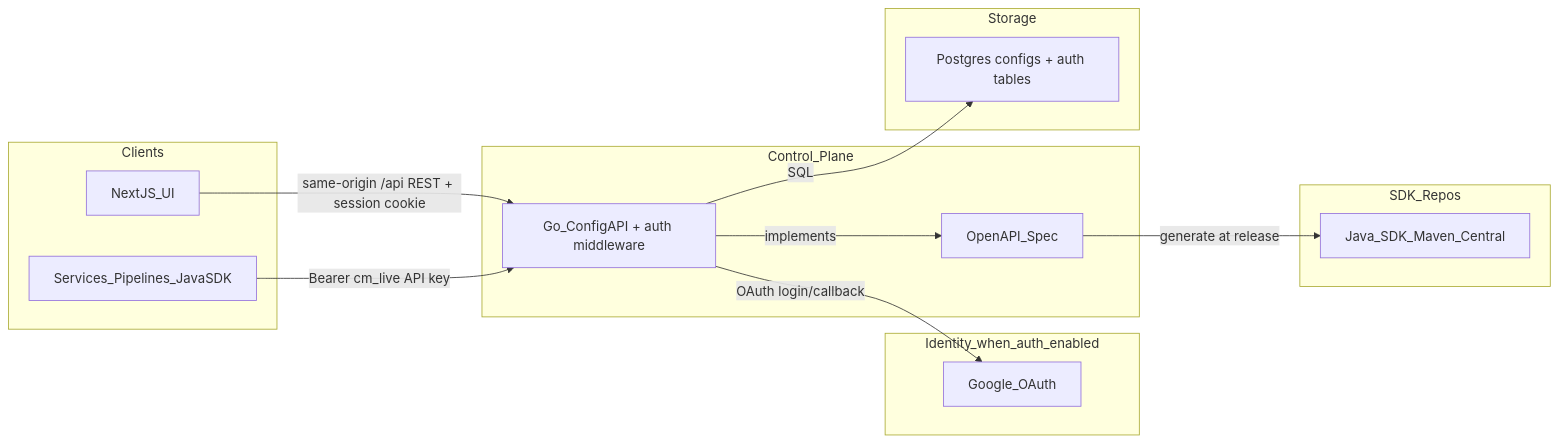
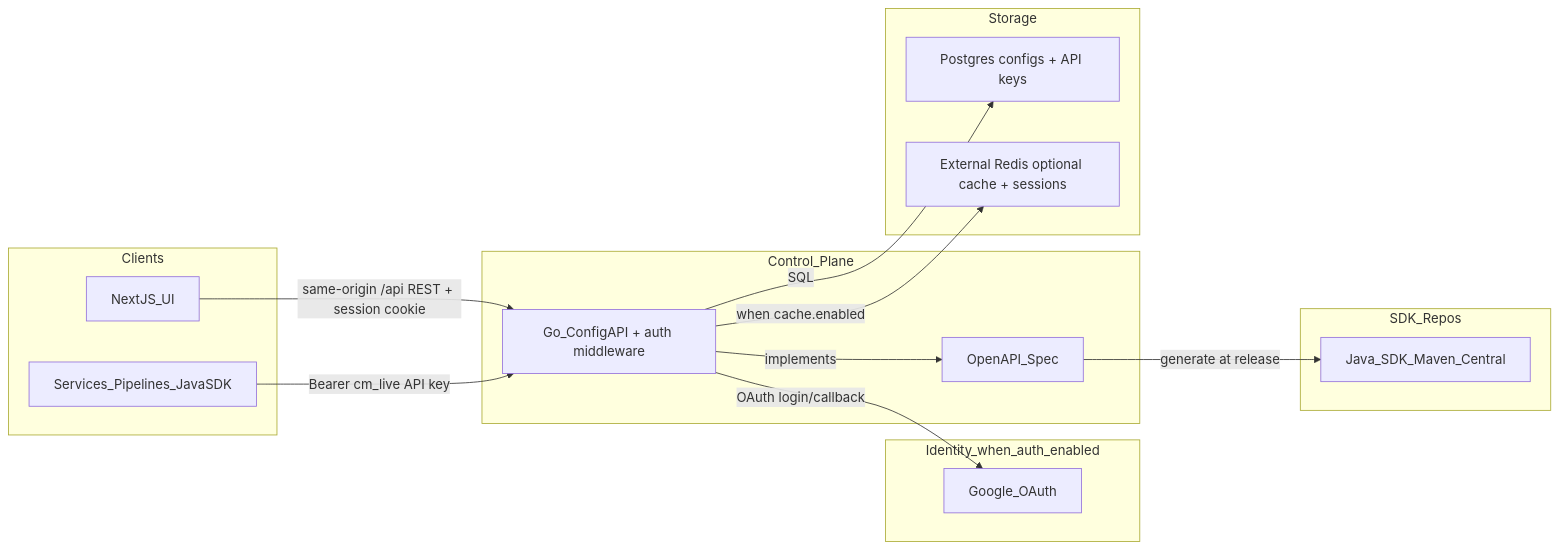
The first of 6 diagrams in docs/architecture.md (arverma/config-manager), drawn with Mermaid before and after one commit. The commit also changed other lines of this file and 31 other files, not shown here.

Commit message:
Add optional optional Redis caching

````diff
--- a/docs/architecture.md
+++ b/docs/architecture.md
@@ -20,32 +20,34 @@
 ```mermaid
 flowchart LR
   subgraph clients [Clients]
     BrowserUI[NextJS_UI]
     Services[Services_Pipelines_JavaSDK]
   end
 
   subgraph identity [Identity_when_auth_enabled]
     Google[Google_OAuth]
   end
 
   subgraph controlPlane [Control_Plane]
     ApiService["Go_ConfigAPI + auth middleware"]
     OpenAPI[OpenAPI_Spec]
   end
 
   subgraph sdkRepos [SDK_Repos]
     JavaSDK[Java_SDK_Maven_Central]
   end
 
   subgraph storage [Storage]
-    Postgres["Postgres configs + auth tables"]
+    Postgres["Postgres configs + API keys"]
+    Redis["External Redis optional cache + sessions"]
   end
 
   BrowserUI -->|"same-origin /api REST + session cookie"| ApiService
   Services -->|"Bearer cm_live API key"| ApiService
   ApiService -->|"OAuth login/callback"| Google
   ApiService -->|"SQL"| Postgres
+  ApiService -->|"when cache.enabled"| Redis
 
   OpenAPI -->|"generate at release"| JavaSDK
   ApiService -->|"implements"| OpenAPI
 ```
````
